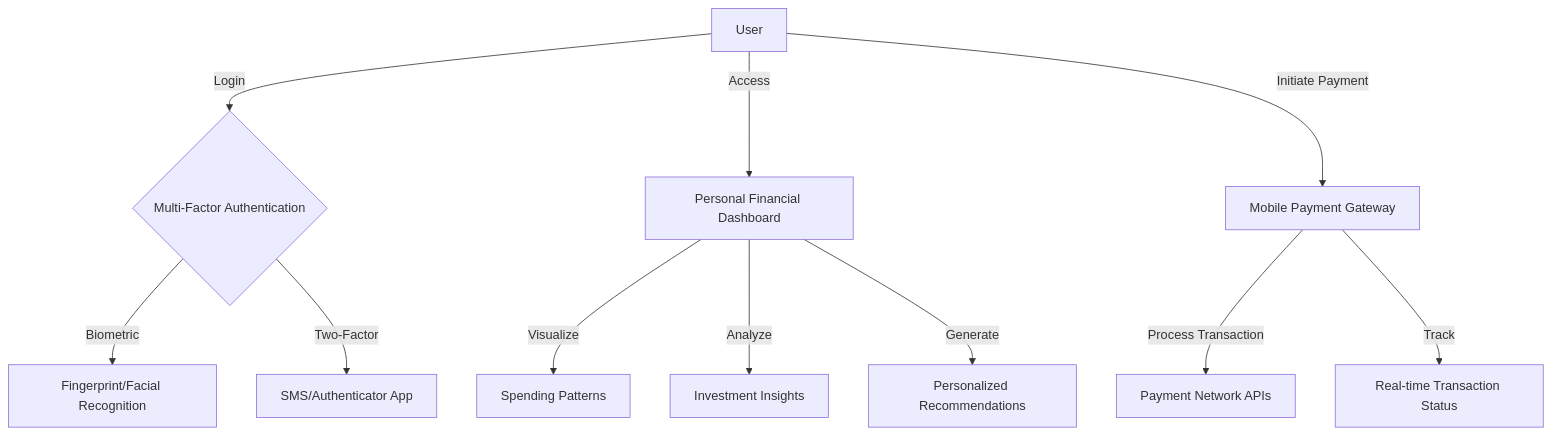
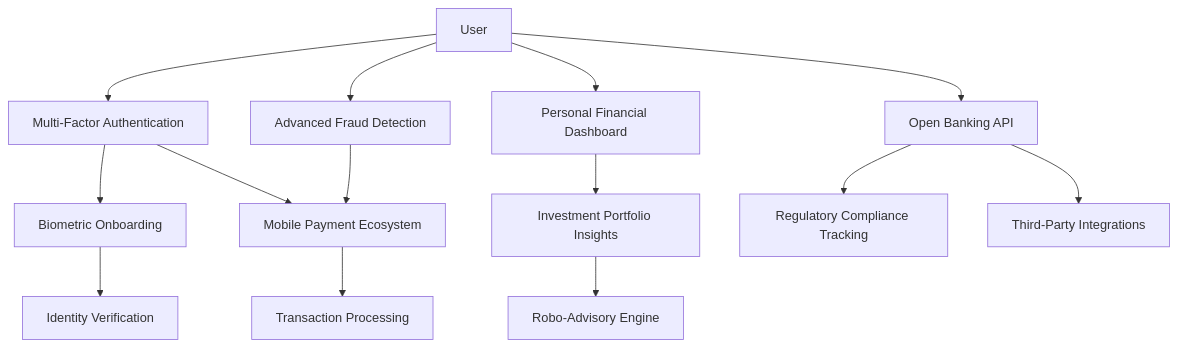
Before and after one commit to Naveen-Malavath/Internship: the diagram in autoagents-backend/app/data/visualization.mermaid, drawn with Mermaid. The commit also changed 49 other files, not shown here.

```diff
--- a/autoagents-backend/app/data/visualization.mermaid
+++ b/autoagents-backend/app/data/visualization.mermaid
@@ -1,11 +1,14 @@
 graph TD
-    A[User] -->|Login| B{Multi-Factor Authentication}
-    B -->|Biometric| C[Fingerprint/Facial Recognition]
-    B -->|Two-Factor| D[SMS/Authenticator App]
-    A -->|Access| E[Personal Financial Dashboard]
-    E -->|Visualize| F[Spending Patterns]
-    E -->|Analyze| G[Investment Insights]
-    A -->|Initiate Payment| H[Mobile Payment Gateway]
-    H -->|Process Transaction| I[Payment Network APIs]
-    H -->|Track| J[Real-time Transaction Status]
-    E -->|Generate| K[Personalized Recommendations]
+    A["User"] --> B["Multi-Factor Authentication"]
+    B --> C["Biometric Onboarding"]
+    B --> D["Mobile Payment Ecosystem"]
+    A --> E["Personal Financial Dashboard"]
+    E --> F["Investment Portfolio Insights"]
+    A --> G["Advanced Fraud Detection"]
+    G --> D
+    A --> H["Open Banking API"]
+    H --> I["Regulatory Compliance Tracking"]
+    C --> J["Identity Verification"]
+    D --> K["Transaction Processing"]
+    F --> L["Robo-Advisory Engine"]
+    H --> M["Third-Party Integrations"]
```
